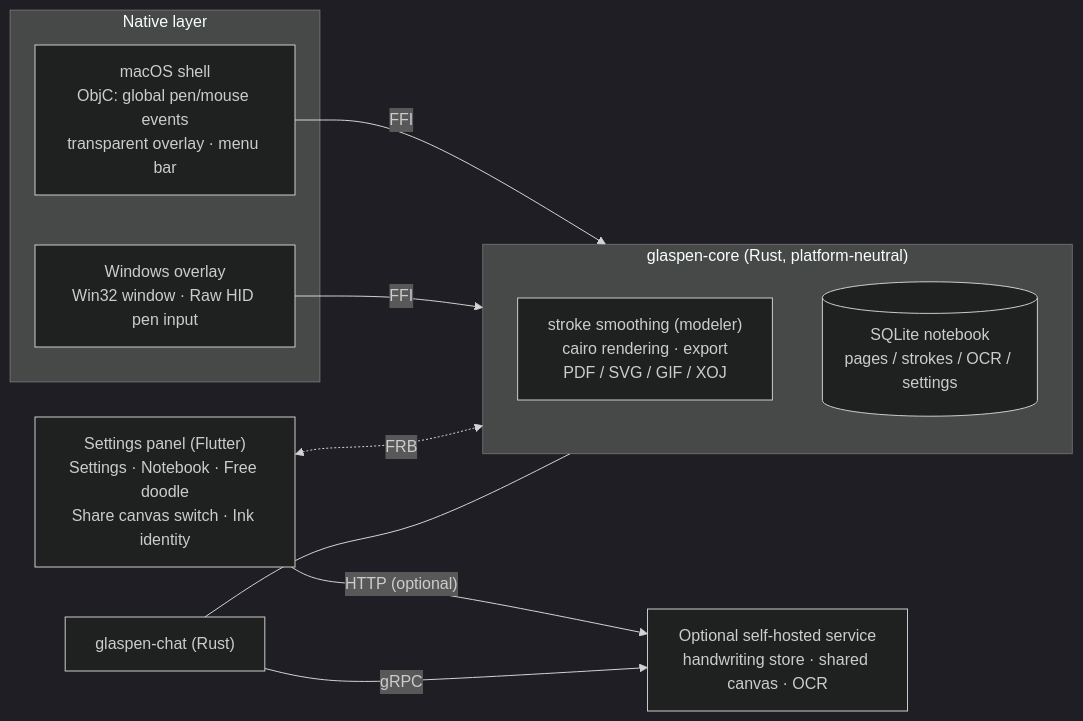
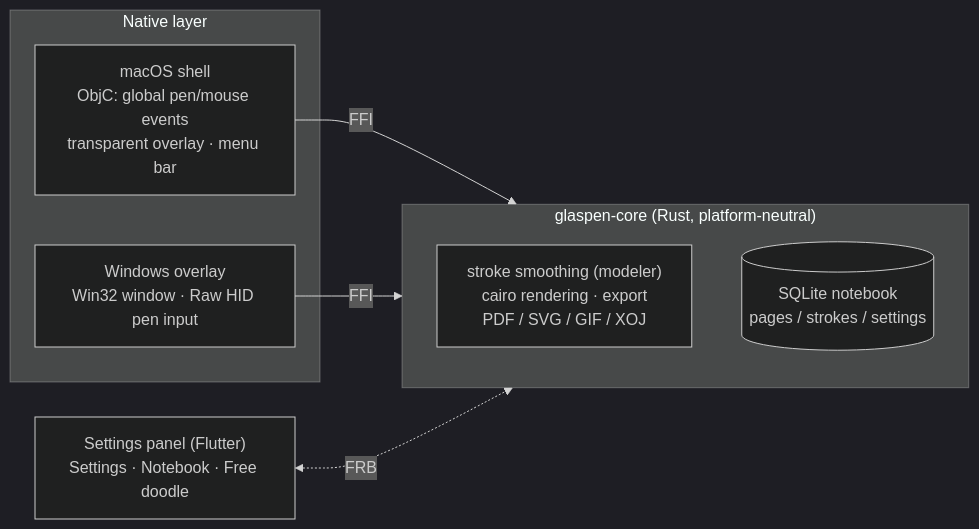
Before and after one commit to liuluopeng/glaspen2: the diagram in README_EN.md, drawn with Mermaid (dark theme). The commit also changed other lines of this file, not shown here.

````diff
--- a/README_EN.md
+++ b/README_EN.md
@@ -64,29 +64,23 @@
 ```mermaid
 flowchart LR
     subgraph native["Native layer"]
         MAC["macOS shell
 ObjC: global pen/mouse events
 transparent overlay · menu bar"]
         WIN["Windows overlay
 Win32 window · Raw HID pen input"]
     end
     subgraph core["glaspen-core (Rust, platform-neutral)"]
         ENGINE["stroke smoothing (modeler)
 cairo rendering · export
 PDF / SVG / GIF / XOJ"]
         DB[("SQLite notebook
-pages / strokes / OCR / settings")]
+pages / strokes / settings")]
     end
     PANEL["Settings panel (Flutter)
-Settings · Notebook · Free doodle
-Share canvas switch · Ink identity"]
-    AXUM["Optional self-hosted service
-handwriting store · shared canvas · OCR"]
+Settings · Notebook · Free doodle"]
 
     MAC -- "FFI" --> core
     WIN -- "FFI" --> core
     PANEL <-. "FRB" .-> core
-    PANEL -- "HTTP (optional)" --> AXUM
-    CHAT["glaspen-chat (Rust)"] -- "gRPC" --> AXUM
-    CHAT --- core
 ```
````
